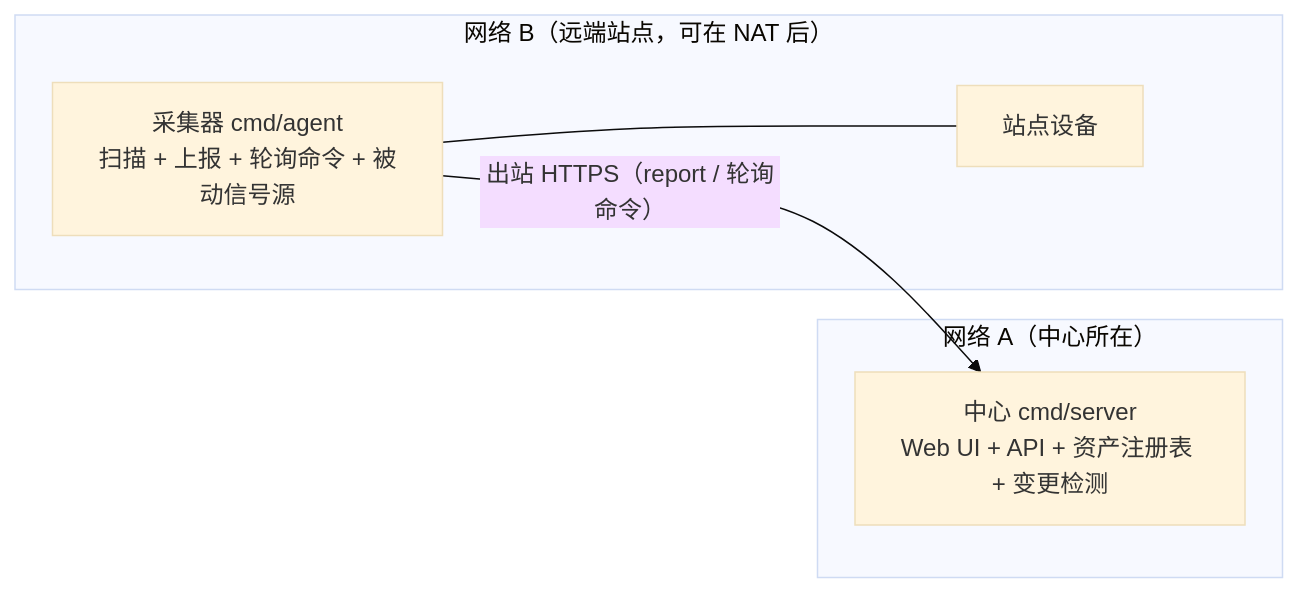
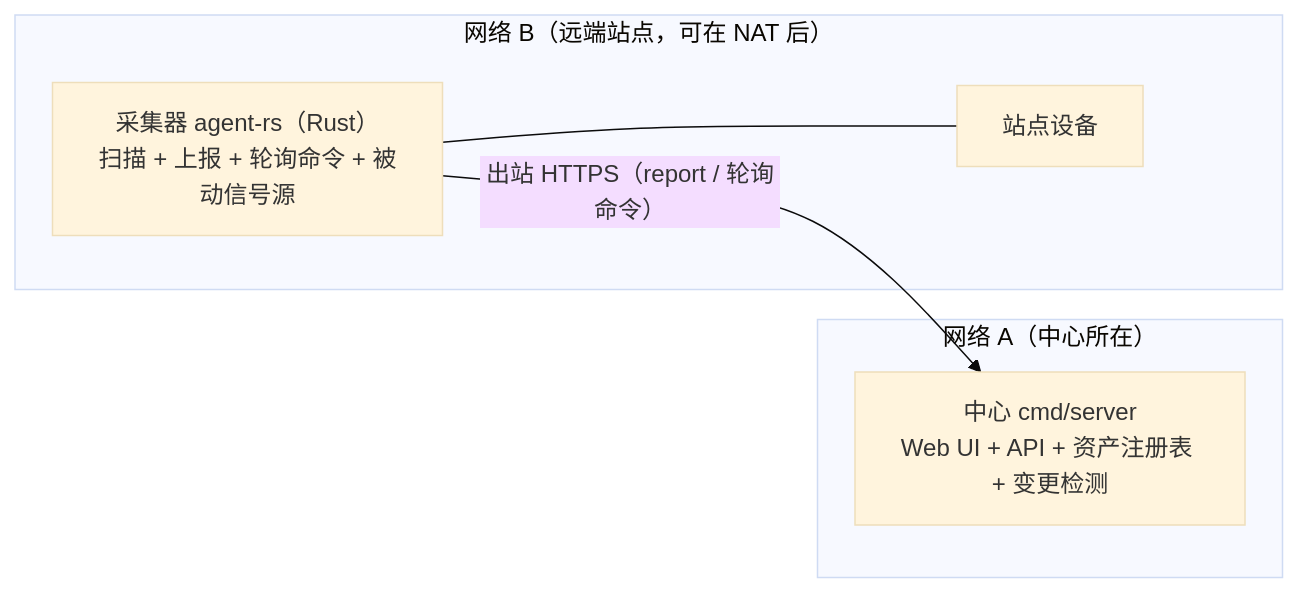
Before and after one commit to Mi-Bee-Studio/mibee-docs: the first of 2 diagrams in mibeesteward/zh-CN/distributed.md, drawn with Mermaid (base theme). The commit also changed other lines of this file and 215 other files, not shown here.

````diff
--- a/mibeesteward/zh-CN/distributed.md
+++ b/mibeesteward/zh-CN/distributed.md
@@ -17,12 +17,12 @@
 ```mermaid
 flowchart LR
     subgraph NA["网络 A（中心所在）"]
         C["中心 cmd/server<br/>Web UI + API + 资产注册表 + 变更检测"]
     end
     subgraph NB["网络 B（远端站点，可在 NAT 后）"]
-        AG["采集器 cmd/agent<br/>扫描 + 上报 + 轮询命令 + 被动信号源"]
+        AG["采集器 agent-rs（Rust）<br/>扫描 + 上报 + 轮询命令 + 被动信号源"]
         D1["站点设备"]
         AG --- D1
     end
     AG -- "出站 HTTPS（report / 轮询命令）" --> C
 ```
````
